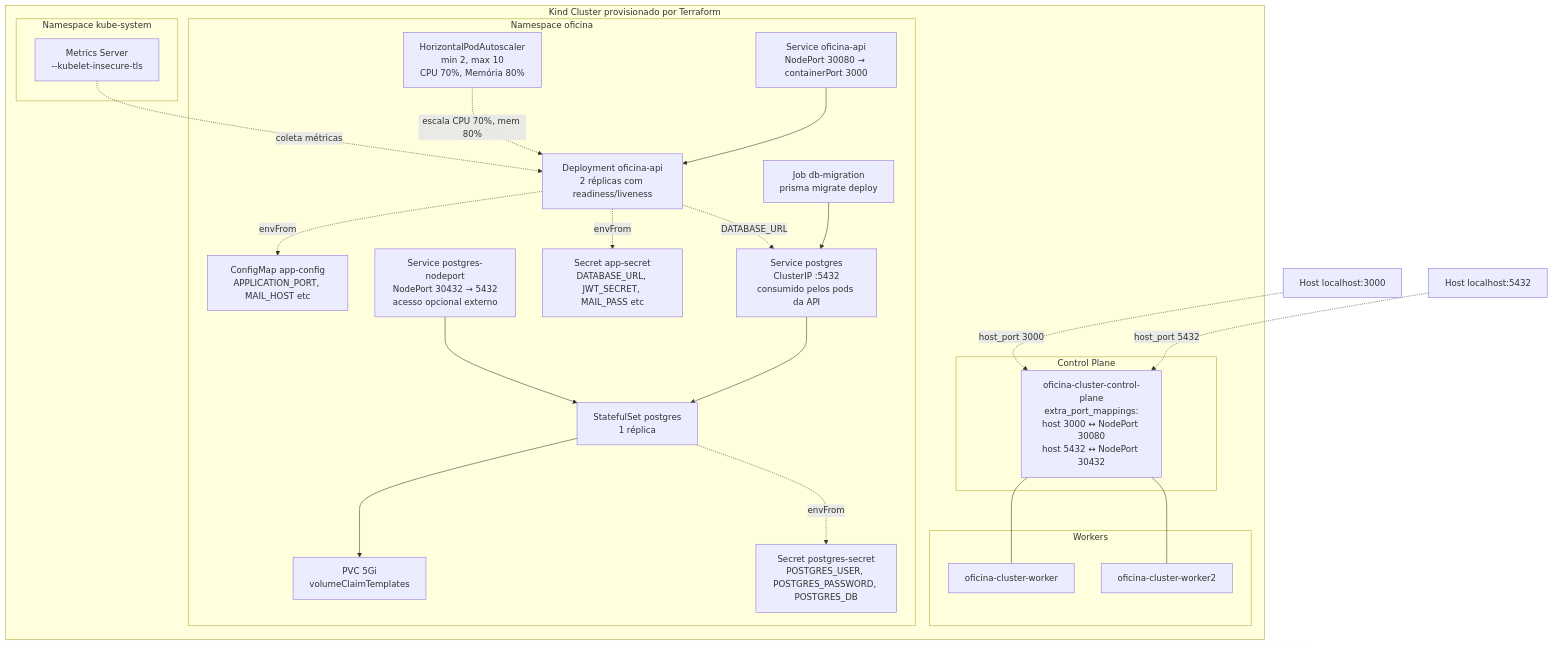
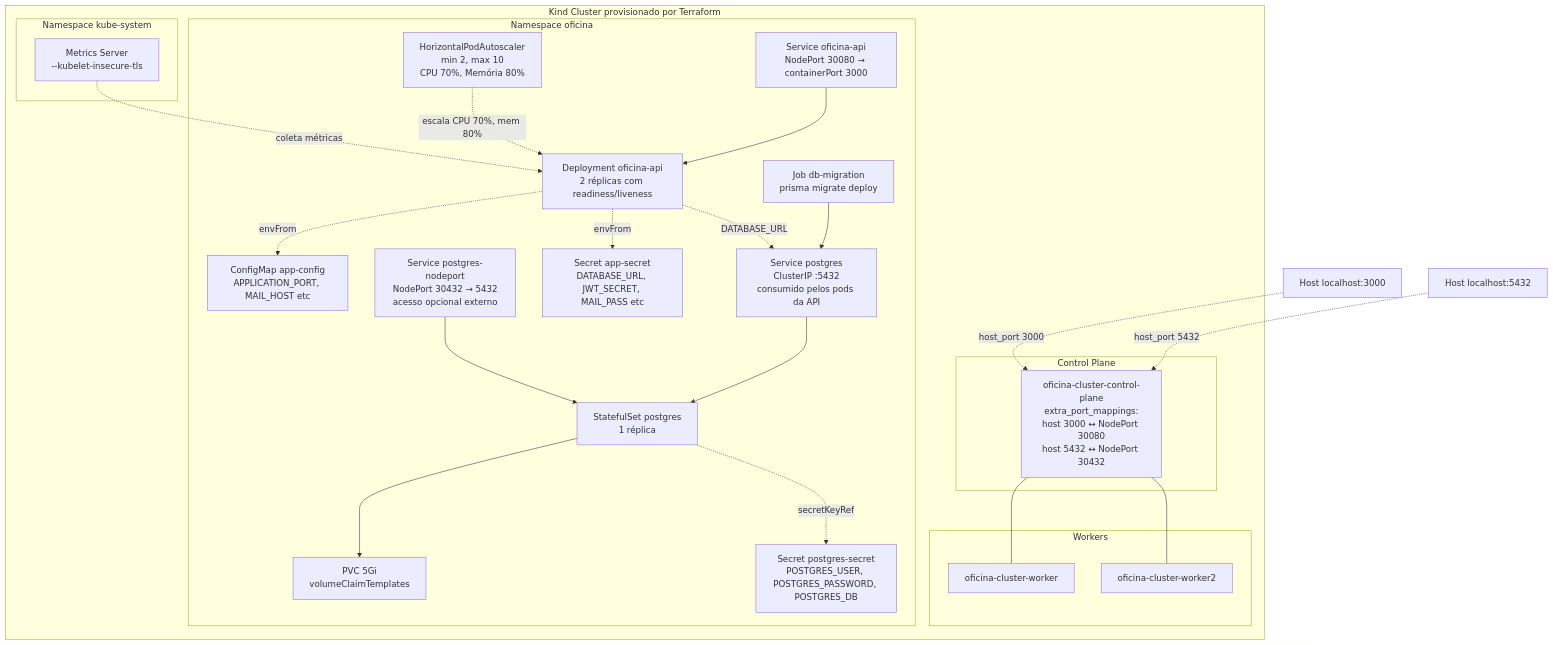
The third of 4 diagrams in README.md (LucasValada/tech-challenge-fiap), drawn with Mermaid before and after one commit. The commit also changed other lines of this file, not shown here.

First line of the commit message:
docs(readme): converte diagrama de Componentes para notação C4 em dois níveis

````diff
--- a/README.md
+++ b/README.md
@@ -129,51 +169,51 @@
 ```mermaid
 graph TB
     HostApp[Host localhost:3000]
     HostDb[Host localhost:5432]
 
     subgraph KindCluster[Kind Cluster provisionado por Terraform]
         subgraph ControlPlane[Control Plane]
             CP[oficina-cluster-control-plane<br/>extra_port_mappings:<br/>host 3000 ↔ NodePort 30080<br/>host 5432 ↔ NodePort 30432]
         end
 
         subgraph Workers[Workers]
             W1[oficina-cluster-worker]
             W2[oficina-cluster-worker2]
         end
 
         subgraph NamespaceOficina[Namespace oficina]
             HPA[HorizontalPodAutoscaler<br/>min 2, max 10<br/>CPU 70%, Memória 80%]
             Deploy[Deployment oficina-api<br/>2 réplicas com readiness/liveness]
             SvcApi[Service oficina-api<br/>NodePort 30080 → containerPort 3000]
             SS[StatefulSet postgres<br/>1 réplica]
             PVC[PVC 5Gi<br/>volumeClaimTemplates]
             PgSec[Secret postgres-secret<br/>POSTGRES_USER, POSTGRES_PASSWORD, POSTGRES_DB]
             SvcPgCluster[Service postgres<br/>ClusterIP :5432<br/>consumido pelos pods da API]
             SvcPgNode[Service postgres-nodeport<br/>NodePort 30432 → 5432<br/>acesso opcional externo]
             CM[ConfigMap app-config<br/>APPLICATION_PORT, MAIL_HOST etc]
             Sec[Secret app-secret<br/>DATABASE_URL, JWT_SECRET, MAIL_PASS etc]
             Job[Job db-migration<br/>prisma migrate deploy]
         end
 
         subgraph KubeSystem[Namespace kube-system]
             MS[Metrics Server<br/>--kubelet-insecure-tls]
         end
 
         HPA -.->|escala CPU 70%, mem 80%| Deploy
         SvcApi --> Deploy
         SS --> PVC
-        SS -.->|envFrom| PgSec
+        SS -.->|secretKeyRef| PgSec
         SvcPgCluster --> SS
         SvcPgNode --> SS
         Deploy -.->|envFrom| CM
         Deploy -.->|envFrom| Sec
         Deploy -.->|DATABASE_URL| SvcPgCluster
         Job --> SvcPgCluster
         MS -.->|coleta métricas| Deploy
     end
 
     HostApp -.->|host_port 3000| CP
     HostDb -.->|host_port 5432| CP
     CP --- W1
     CP --- W2
 ```
````
